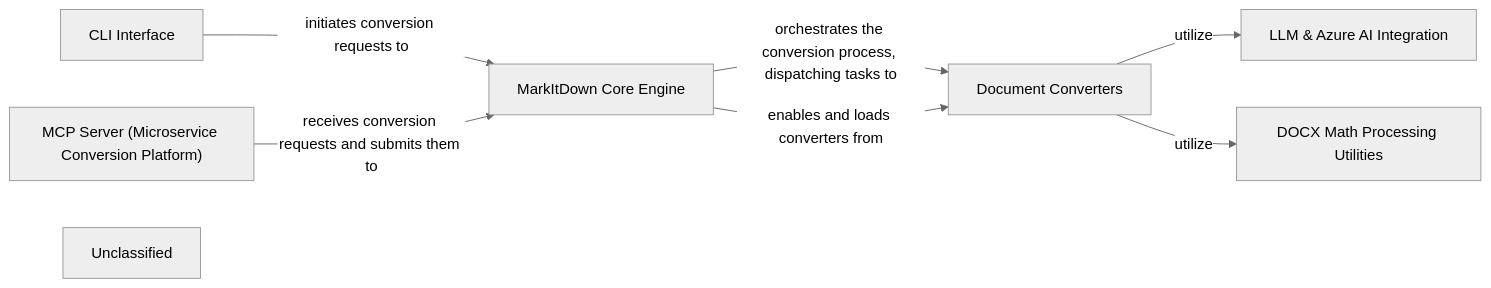
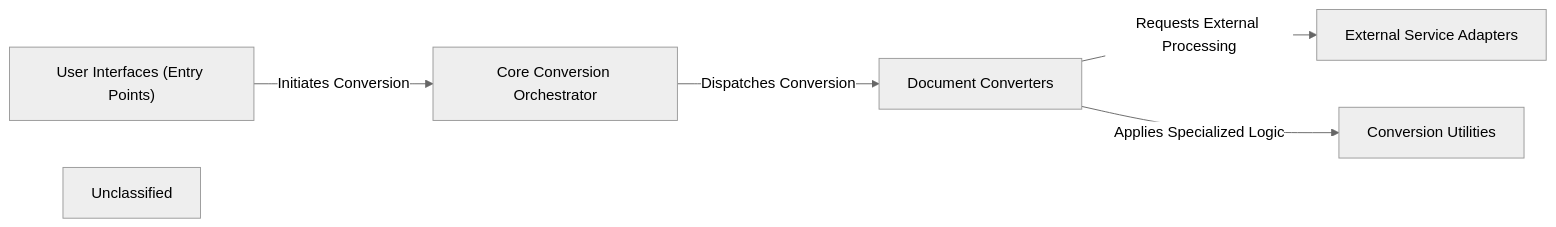
One commit to CodeBoarding/GeneratedOnBoardings changed the diagram in markitdown/on_boarding.md. Above: the diagram before and after it, drawn with Mermaid (neutral theme). The commit also changed other lines of this file, not shown here.

````diff
--- a/markitdown/on_boarding.md
+++ b/markitdown/on_boarding.md
@@ -1,16 +1,13 @@
 ```mermaid
 graph LR
-    CLI_Interface["CLI Interface"]
-    MarkItDown_Core_Engine["MarkItDown Core Engine"]
+    User_Interfaces_Entry_Points_["User Interfaces (Entry Points)"]
+    Core_Conversion_Orchestrator["Core Conversion Orchestrator"]
     Document_Converters["Document Converters"]
-    LLM_Azure_AI_Integration["LLM & Azure AI Integration"]
-    DOCX_Math_Processing_Utilities["DOCX Math Processing Utilities"]
-    MCP_Server_Microservice_Conversion_Platform_["MCP Server (Microservice Conversion Platform)"]
+    External_Service_Adapters["External Service Adapters"]
+    Conversion_Utilities["Conversion Utilities"]
     Unclassified["Unclassified"]
-    CLI_Interface -- "initiates conversion requests to" --> MarkItDown_Core_Engine
-    MarkItDown_Core_Engine -- "orchestrates the conversion process, dispatching tasks to" --> Document_Converters
-    MarkItDown_Core_Engine -- "enables and loads converters from" --> Document_Converters
-    Document_Converters -- "utilize" --> LLM_Azure_AI_Integration
-    Document_Converters -- "utilize" --> DOCX_Math_Processing_Utilities
-    MCP_Server_Microservice_Conversion_Platform_ -- "receives conversion requests and submits them to" --> MarkItDown_Core_Engine
+    User_Interfaces_Entry_Points_ -- "Initiates Conversion" --> Core_Conversion_Orchestrator
+    Core_Conversion_Orchestrator -- "Dispatches Conversion" --> Document_Converters
+    Document_Converters -- "Requests External Processing" --> External_Service_Adapters
+    Document_Converters -- "Applies Specialized Logic" --> Conversion_Utilities
 ```
````
